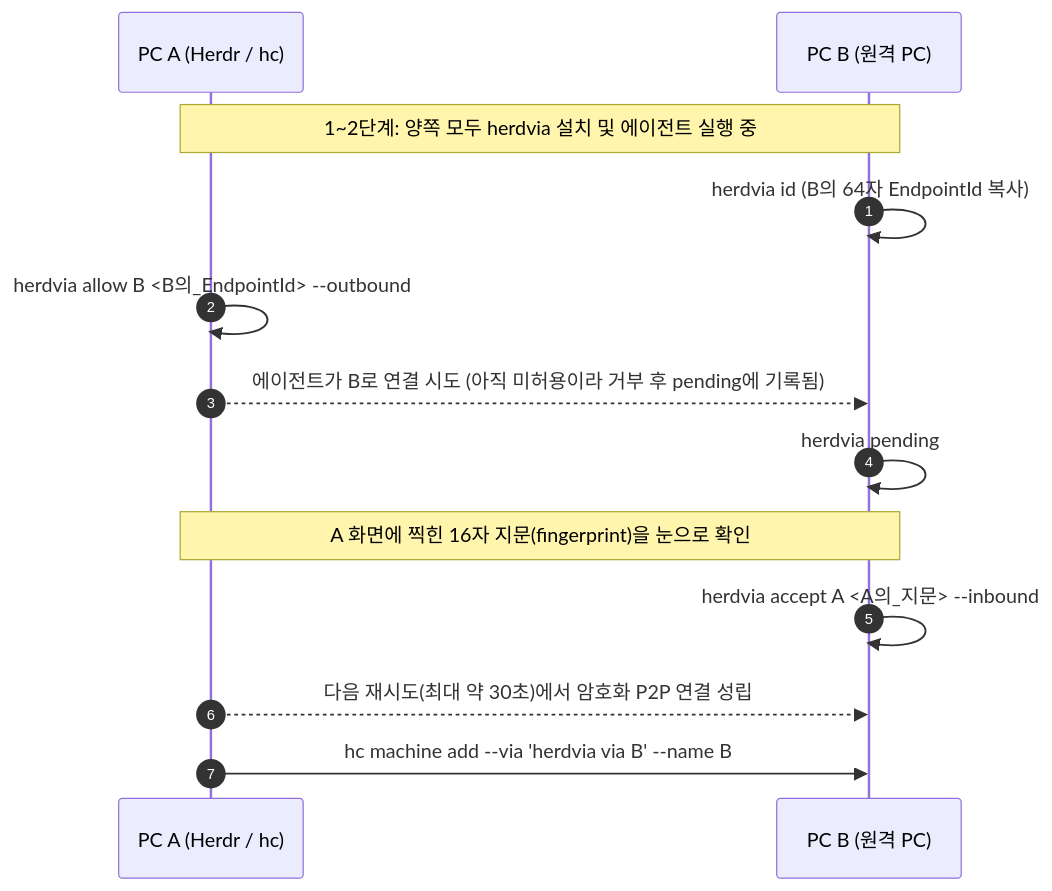
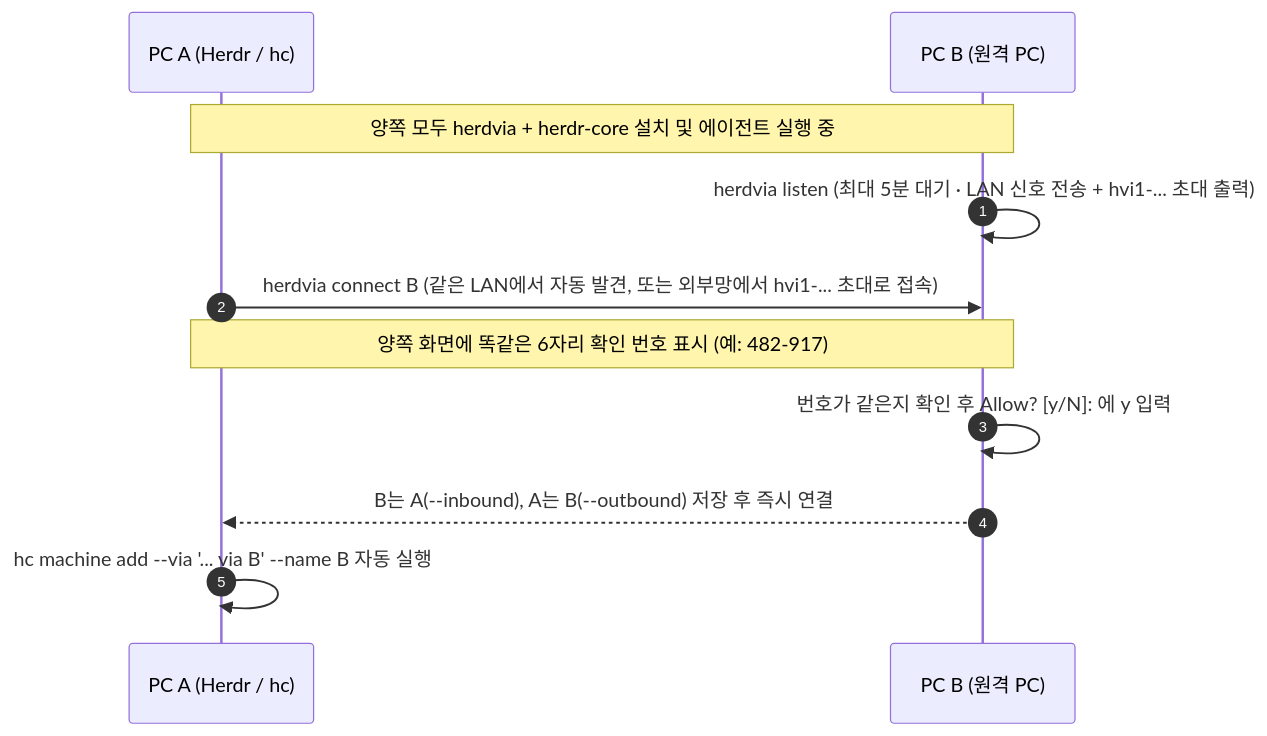
Before and after one commit to photojupi/herdvia: the diagram in docs/README.ko.md, drawn with Mermaid. The commit also changed other lines of this file and 15 other files, not shown here.

````diff
--- a/docs/README.ko.md
+++ b/docs/README.ko.md
@@ -147,16 +148,14 @@
 ```mermaid
 sequenceDiagram
     autonumber
     participant A as PC A (Herdr / hc)
     participant B as PC B (원격 PC)
 
-    Note over A,B: 1~2단계: 양쪽 모두 herdvia 설치 및 에이전트 실행 중
-    B->>B: herdvia id (B의 64자 EndpointId 복사)
-    A->>A: herdvia allow B <B의_EndpointId> --outbound
-    A-->>B: 에이전트가 B로 연결 시도 (아직 미허용이라 거부 후 pending에 기록됨)
-    B->>B: herdvia pending
-    Note over A,B: A 화면에 찍힌 16자 지문(fingerprint)을 눈으로 확인
-    B->>B: herdvia accept A <A의_지문> --inbound
-    A-->>B: 다음 재시도(최대 약 30초)에서 암호화 P2P 연결 성립
-    A->>B: hc machine add --via 'herdvia via B' --name B
+    Note over A,B: 양쪽 모두 herdvia + herdr-core 설치 및 에이전트 실행 중
+    B->>B: herdvia listen (최대 5분 대기 · LAN 신호 전송 + hvi1-... 초대 출력)
+    A->>B: herdvia connect B (같은 LAN에서 자동 발견, 또는 외부망에서 hvi1-... 초대로 접속)
+    Note over A,B: 양쪽 화면에 똑같은 6자리 확인 번호 표시 (예: 482-917)
+    B->>B: 번호가 같은지 확인 후 Allow? [y/N]: 에 y 입력
+    B-->>A: B는 A(--inbound), A는 B(--outbound) 저장 후 즉시 연결
+    A->>A: hc machine add --via '... via B' --name B 자동 실행
 ```
````
